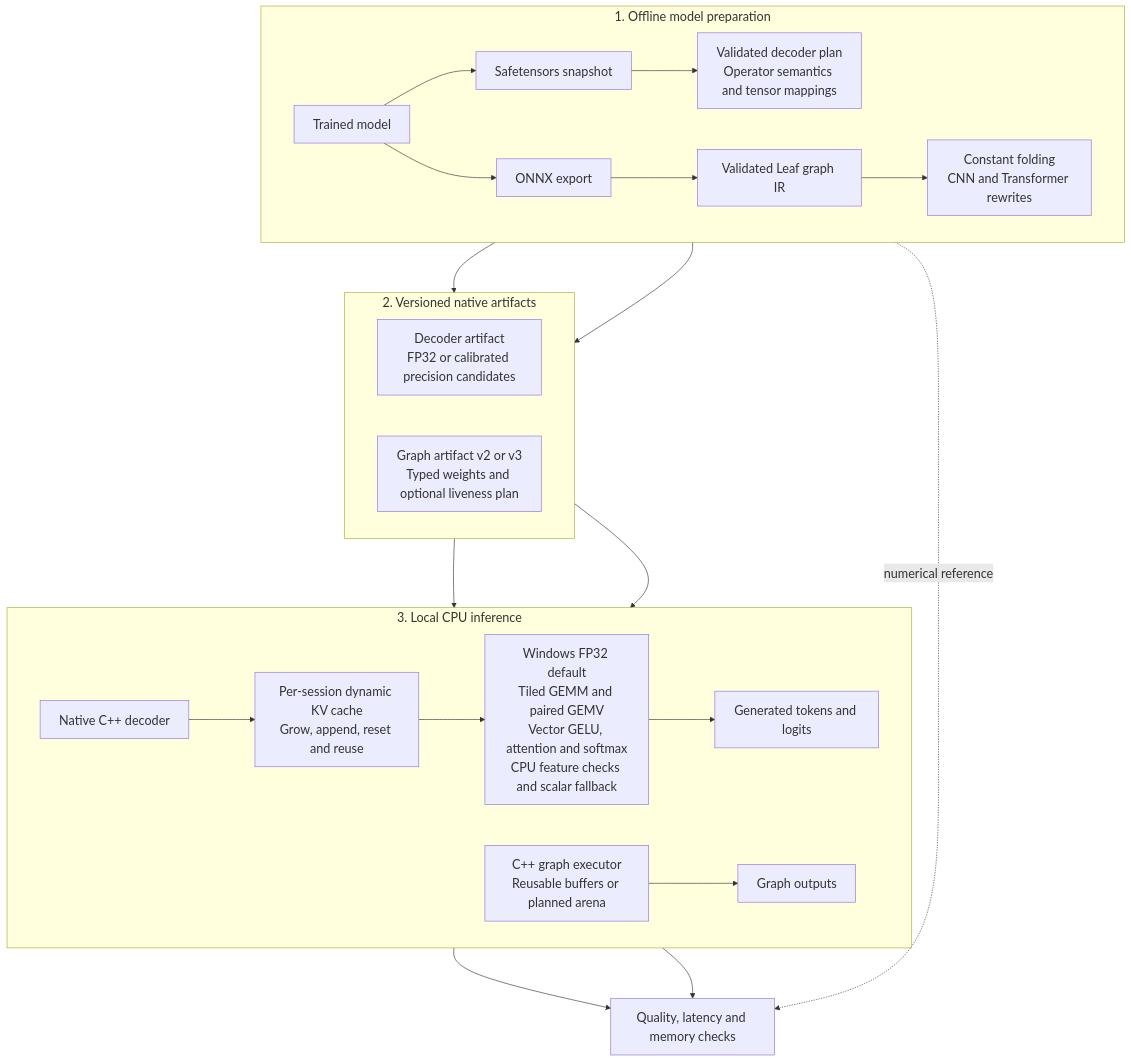
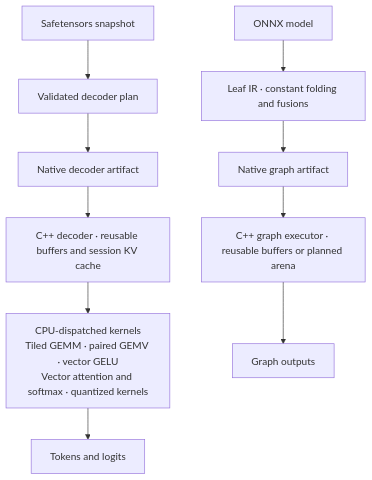
One commit to Nbit-51/Leaf changed the first of 2 diagrams in README.md. Above: the diagram before and after it, drawn with Mermaid. The commit also changed other lines of this file and 5 other files, not shown here.

Commit message:
Streamline README and add Leaf identity with linked reference docs

````diff
--- a/README.md
+++ b/README.md
@@ -343,28 +102,12 @@
 ```mermaid
-%%{init: {"themeVariables": {"fontSize": "20px"}, "flowchart": {"nodeSpacing": 65, "rankSpacing": 80}}}%%
 flowchart TB
-    subgraph BUILD["1. Offline model preparation"]
-      direction LR
-      MODEL["Trained model"] --> SNAP["Safetensors snapshot"]
-      SNAP --> PLAN["Validated decoder plan<br/>Operator semantics and tensor mappings"]
-      MODEL --> ONNX["ONNX export"] --> IR["Validated Leaf graph IR"]
-      IR --> OPT["Constant folding<br/>CNN and Transformer rewrites"]
-    end
-    subgraph ARTIFACT["2. Versioned native artifacts"]
-      direction LR
-      PLAN --> DEC["Decoder artifact<br/>FP32 or calibrated precision candidates"]
-      OPT --> GRAPH["Graph artifact v2 or v3<br/>Typed weights and optional liveness plan"]
-    end
-    subgraph DEPLOY["3. Local CPU inference"]
-      direction LR
-      DEC --> RUNTIME["Native C++ decoder"]
-      RUNTIME --> CACHE["Per-session dynamic KV cache<br/>Grow, append, reset and reuse"]
-      CACHE --> KERNEL["Windows FP32 default<br/>Tiled GEMM and paired GEMV<br/>Vector GELU, attention and softmax<br/>CPU feature checks and scalar fallback"]
-      GRAPH --> EXEC["C++ graph executor<br/>Reusable buffers or planned arena"]
-      KERNEL --> OUTPUT["Generated tokens and logits"]
-      EXEC --> RESULTS["Graph outputs"]
-    end
-    MODEL -. "numerical reference" .-> CHECK["Quality, latency and memory checks"]
-    OUTPUT --> CHECK
-    RESULTS --> CHECK
+    S["Safetensors snapshot"] --> P["Validated decoder plan"]
+    O["ONNX model"] --> G["Leaf IR · constant folding and fusions"]
+    P --> D["Native decoder artifact"]
+    G --> A["Native graph artifact"]
+    D --> R["C++ decoder · reusable buffers and session KV cache"]
+    A --> E["C++ graph executor · reusable buffers or planned arena"]
+    R --> K["CPU-dispatched kernels<br/>Tiled GEMM · paired GEMV · vector GELU<br/>Vector attention and softmax · quantized kernels"]
+    K --> T["Tokens and logits"]
+    E --> U["Graph outputs"]
 ```
````
